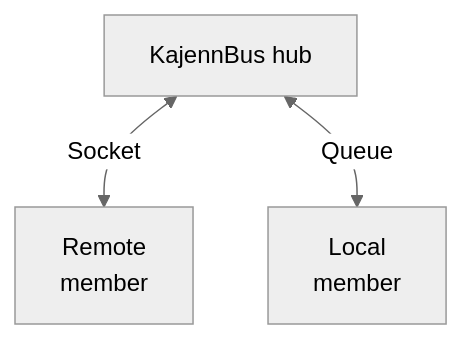
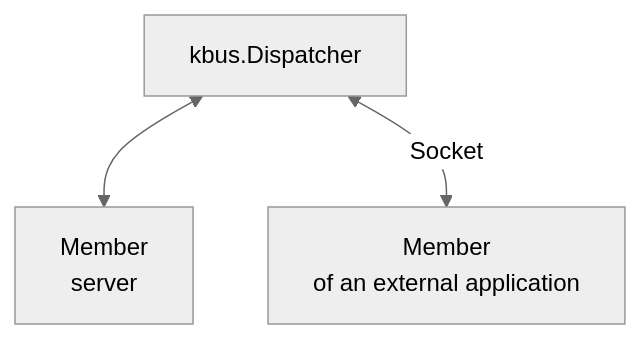
The ninth of 10 diagrams in docs/architecture/overview.md (kajenn-org/kajenn), drawn with Mermaid (neutral theme) before and after one commit. The commit also changed other lines of this file and 43 other files, not shown here.

First line of the commit message:
chore!: remove the old bus package kajenn.kbus

````diff
--- a/docs/architecture/overview.md
+++ b/docs/architecture/overview.md
@@ -228,5 +228,5 @@
 ```mermaid
 flowchart TD
-    hub["KajennBus hub"] <-->|"Socket"| remote["Remote<br/>member"]
-    hub <-->|"Queue"| local["Local<br/>member"]
+    dispatcher["kbus.Dispatcher"] <--> server["Member<br/>server"]
+    dispatcher <-->|"Socket"| remote["Member<br/>of an external application"]
 ```
````
